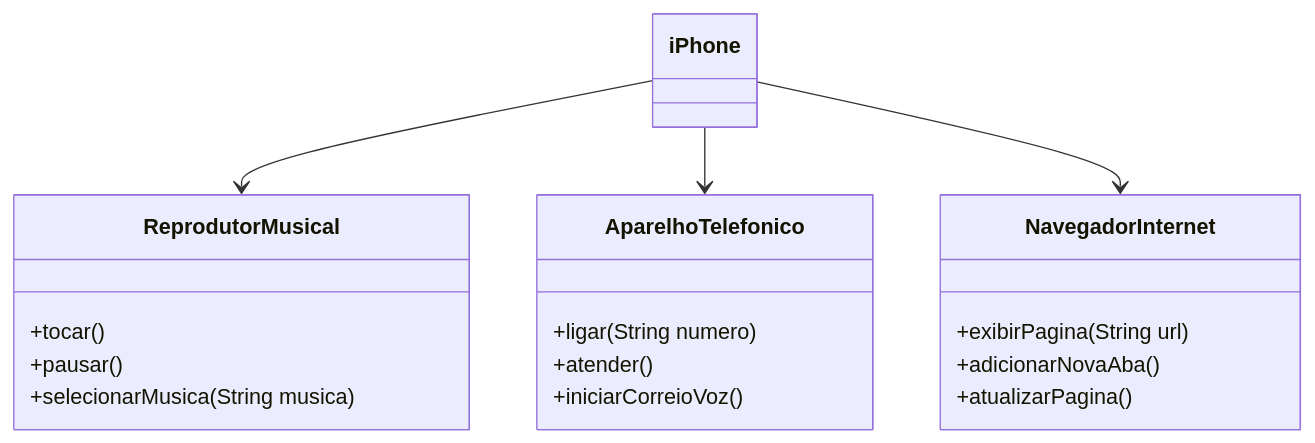
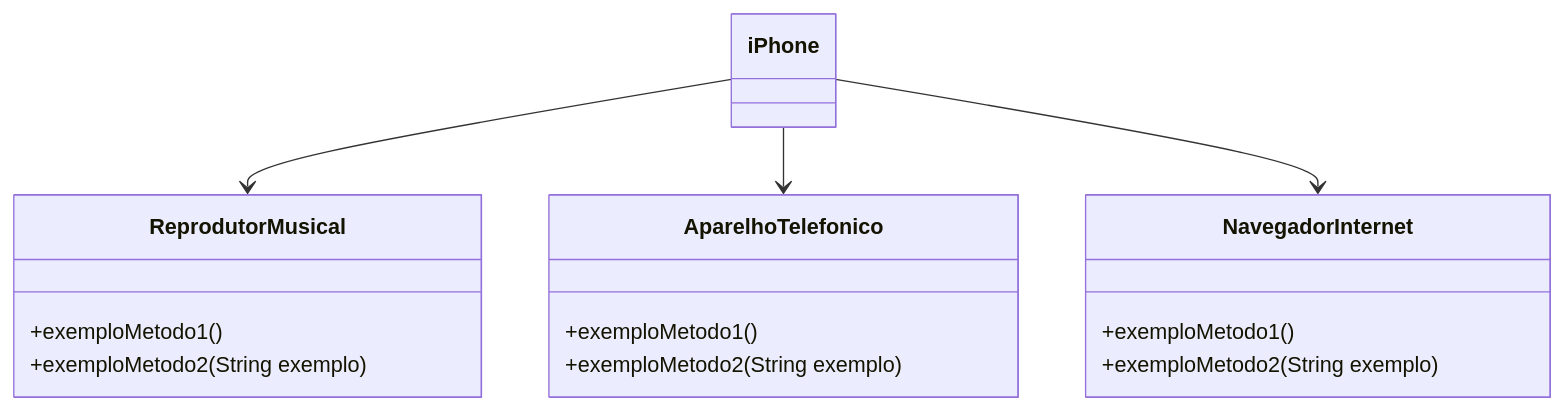
One commit to RoggerioVieira/dio-trilha-java-basico changed the diagram in poo/README.md. Above: the diagram before and after it, drawn with Mermaid. The commit also changed other lines of this file, not shown here.

````diff
--- a/poo/README.md
+++ b/poo/README.md
@@ -30,27 +31,24 @@
-   ```mermaid
-   classDiagram
+```mermaid
+classDiagram
     class ReprodutorMusical {
-         +tocar()
-        +pausar()
-        +selecionarMusica(String musica)
+        +exemploMetodo1()
+        +exemploMetodo2(String exemplo)
     }
 
     class AparelhoTelefonico {
-         +ligar(String numero)
-        +atender()
-        +iniciarCorreioVoz()
+        +exemploMetodo1()
+        +exemploMetodo2(String exemplo)
     }
 
     class NavegadorInternet {
-        +exibirPagina(String url)
-        +adicionarNovaAba()
-        +atualizarPagina()
+        +exemploMetodo1()
+        +exemploMetodo2(String exemplo)
     }
 
     class iPhone {
     }
 
     iPhone --> ReprodutorMusical
     iPhone --> AparelhoTelefonico
     iPhone --> NavegadorInternet
 ```
````
